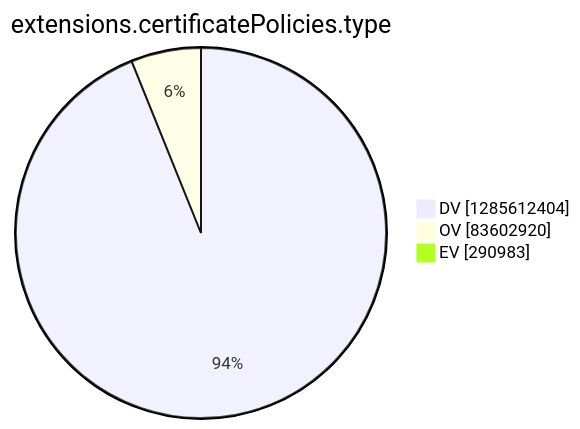
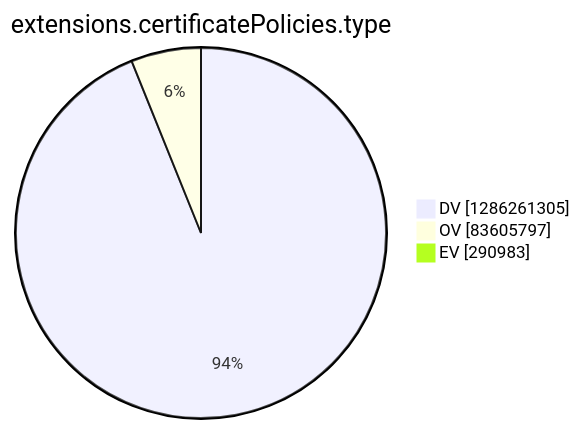
The tenth of 15 diagrams in argon2022/README.md (christiankrug/ctmonitor_visualization), drawn with Mermaid before and after one commit. The commit also changed other lines of this file, not shown here.

````diff
--- a/argon2022/README.md
+++ b/argon2022/README.md
@@ -2771,7 +2771,7 @@
 ```mermaid
 pie showData
 title extensions.certificatePolicies.type
-"DV" :1285612404
-"OV" :83602920
+"DV" :1286261305
+"OV" :83605797
 "EV" :290983
 ```
````
